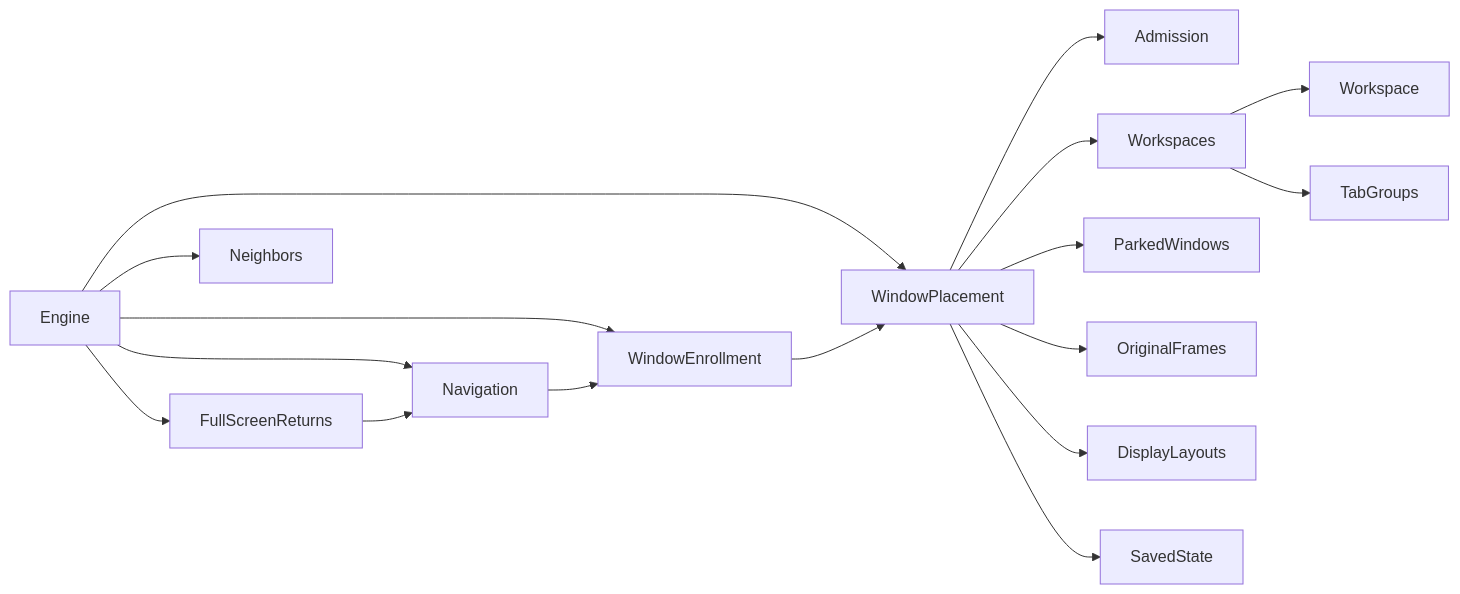
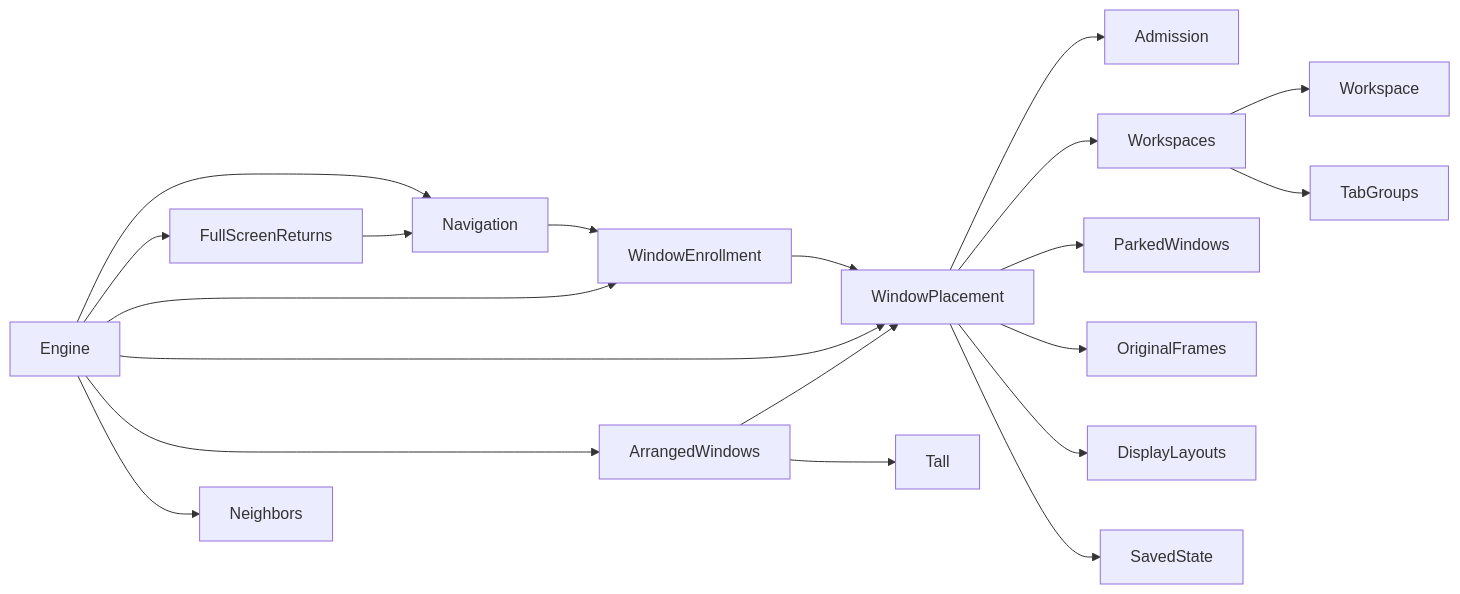
The sixth of 26 diagrams in ARCHITECTURE.md (brennovich/ottowm), drawn with Mermaid before and after one commit. The commit also changed other lines of this file and 25 other files, not shown here.

````diff
--- a/ARCHITECTURE.md
+++ b/ARCHITECTURE.md
@@ -116,10 +116,11 @@
 ```mermaid
 flowchart LR
-    Engine --> Navigation & FullScreenReturns & WindowEnrollment & WindowPlacement
+    Engine --> Navigation & FullScreenReturns & WindowEnrollment & WindowPlacement & ArrangedWindows
+    ArrangedWindows --> WindowPlacement & Tall
     Engine --> Neighbors
     FullScreenReturns --> Navigation
     Navigation --> WindowEnrollment --> WindowPlacement
     WindowPlacement --> Admission
     WindowPlacement --> Workspaces & ParkedWindows & OriginalFrames & DisplayLayouts & SavedState
     Workspaces --> Workspace & TabGroups
 ```
````
